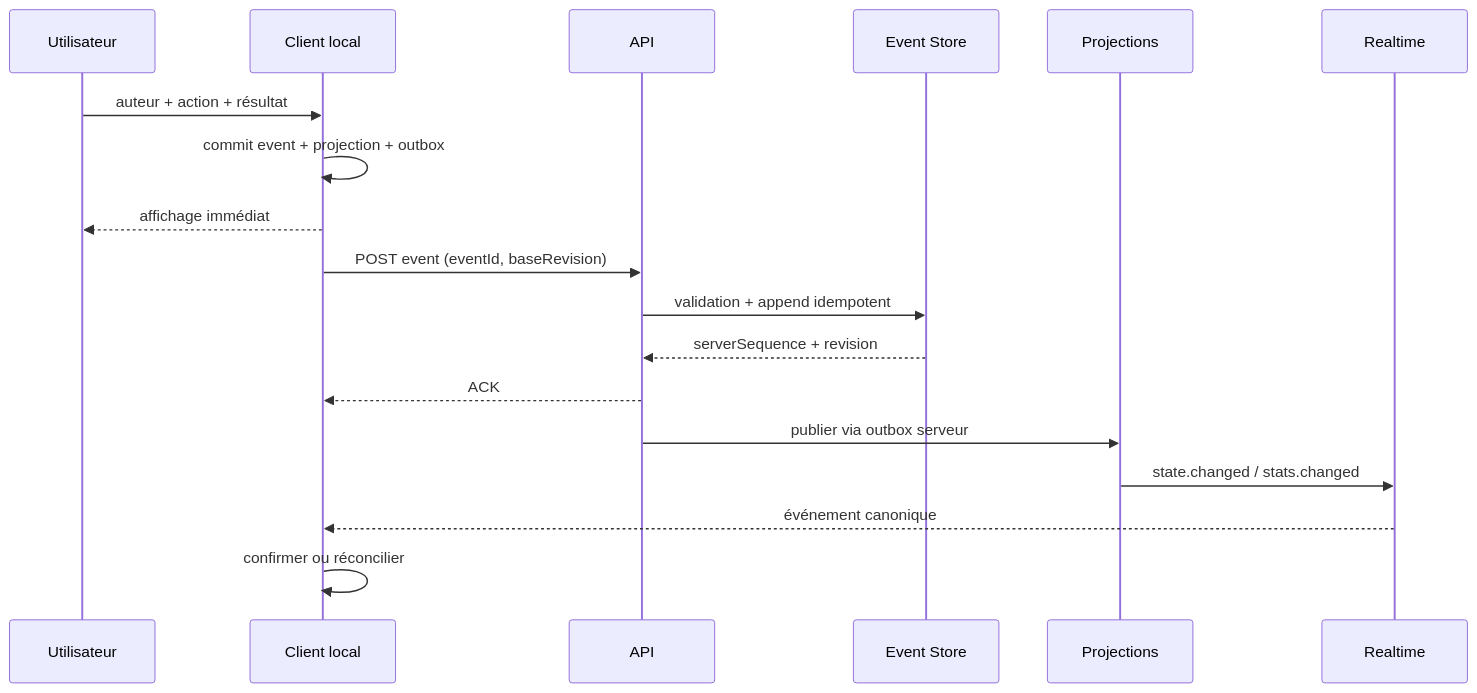
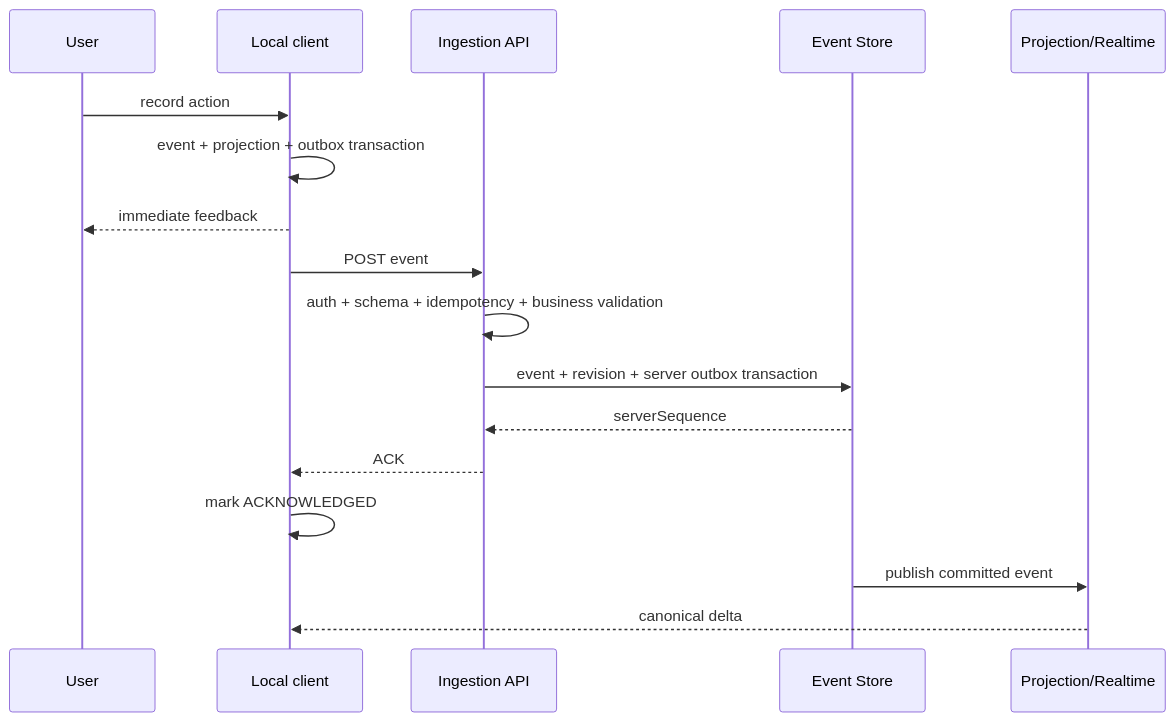
One commit to denisdelaveau-stat/Volley_statistics changed the sixth of 8 diagrams in TO_DO/VolleyLive_Architecture_Data_Synchronization_Implementation_Specification.md. Above: the diagram before and after it, drawn with Mermaid. The commit also changed other lines of this file and 1 other file, not shown here.

First line of the commit message:
TO_DO: data architecture and synchronization spec v1.3.0 (reviewed and aligned)

````diff
--- a/TO_DO/VolleyLive_Architecture_Data_Synchronization_Implementation_Specification.md
+++ b/TO_DO/VolleyLive_Architecture_Data_Synchronization_Implementation_Specification.md
@@ -1077,21 +1143,20 @@
 ```mermaid
 sequenceDiagram
-    participant U as Utilisateur
-    participant C as Client local
-    participant A as API
+    participant U as User
+    participant C as Local client
+    participant A as Ingestion API
     participant E as Event Store
-    participant P as Projections
-    participant R as Realtime
+    participant P as Projection/Realtime
 
-    U->>C: auteur + action + résultat
-    C->>C: commit event + projection + outbox
-    C-->>U: affichage immédiat
-    C->>A: POST event (eventId, baseRevision)
-    A->>E: validation + append idempotent
-    E-->>A: serverSequence + revision
+    U->>C: record action
+    C->>C: event + projection + outbox transaction
+    C-->>U: immediate feedback
+    C->>A: POST event
+    A->>A: auth + schema + idempotency + business validation
+    A->>E: event + revision + server outbox transaction
+    E-->>A: serverSequence
     A-->>C: ACK
-    A->>P: publier via outbox serveur
-    P->>R: state.changed / stats.changed
-    R-->>C: événement canonique
-    C->>C: confirmer ou réconcilier
+    C->>C: mark ACKNOWLEDGED
+    E->>P: publish committed event
+    P-->>C: canonical delta
 ```
````
